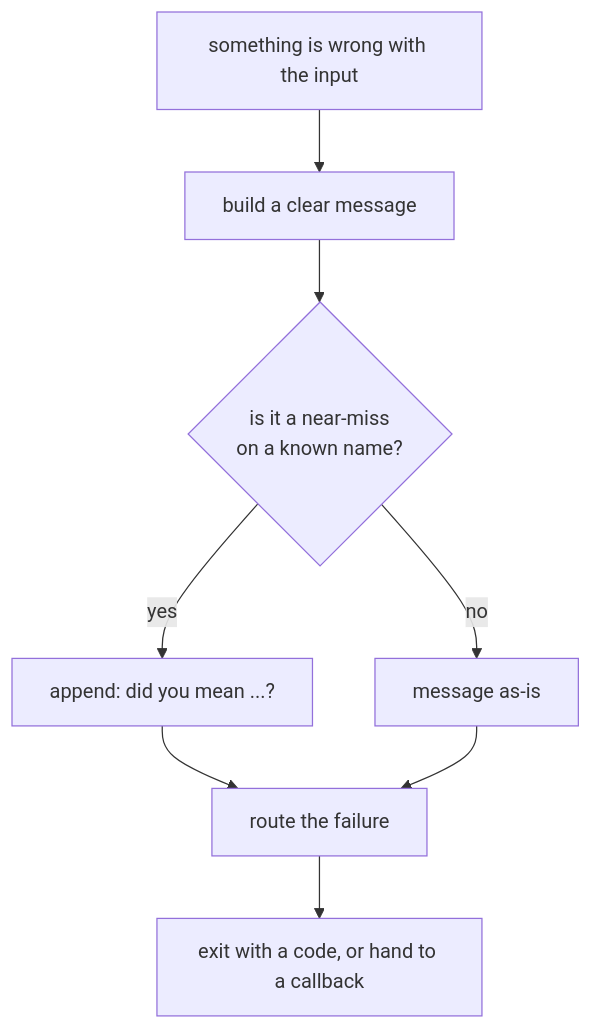
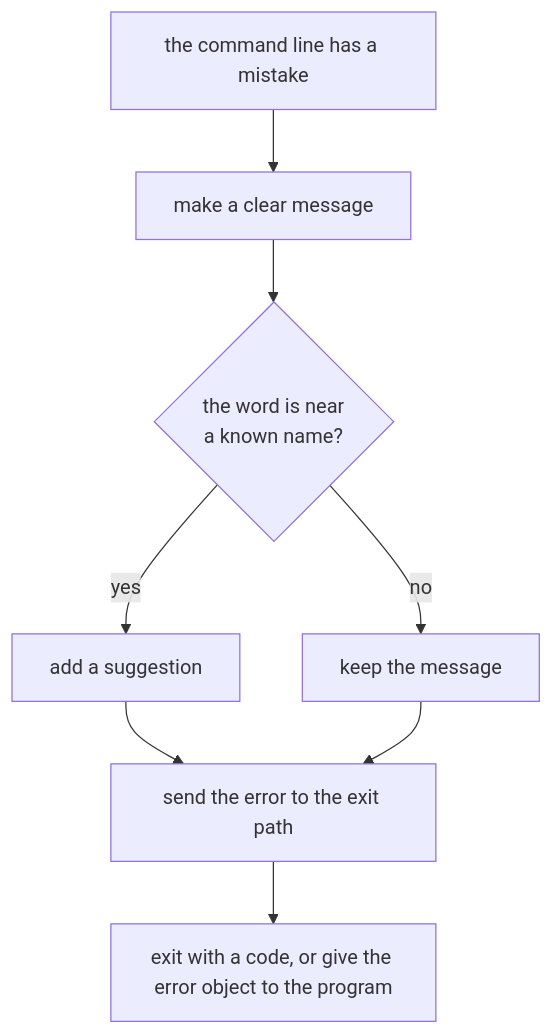
The first of 4 diagrams in docs/examples/commander/.cluedoc/error-handling/README.md (KeunwooPark/cluedoc), drawn with Mermaid before and after one commit. The commit also changed other lines of this file and 22 other files, not shown here.

````diff
--- a/docs/examples/commander/.cluedoc/error-handling/README.md
+++ b/docs/examples/commander/.cluedoc/error-handling/README.md
@@ -10,10 +10,10 @@
 ```mermaid
 flowchart TD
-    BAD["something is wrong with the input"] --> BUILD["build a clear message"]
-    BUILD --> GUESS{"is it a near-miss<br/>on a known name?"}
-    GUESS -- yes --> ADD["append: did you mean ...?"]
-    GUESS -- no --> PLAIN["message as-is"]
-    ADD --> ROUTE["route the failure"]
+    BAD["the command line has a mistake"] --> BUILD["make a clear message"]
+    BUILD --> GUESS{"the word is near<br/>a known name?"}
+    GUESS -- yes --> ADD["add a suggestion"]
+    GUESS -- no --> PLAIN["keep the message"]
+    ADD --> ROUTE["send the error to the exit path"]
     PLAIN --> ROUTE
-    ROUTE --> EXIT["exit with a code, or hand to a callback"]
+    ROUTE --> EXIT["exit with a code, or give the error object to the program"]
 ```
````
